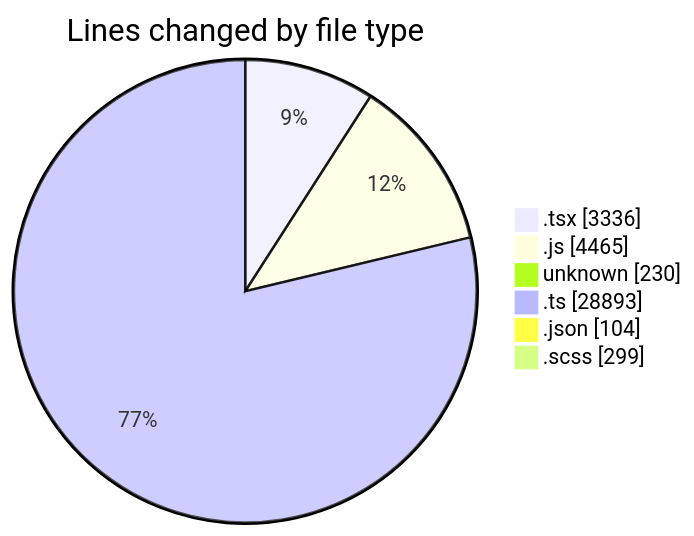
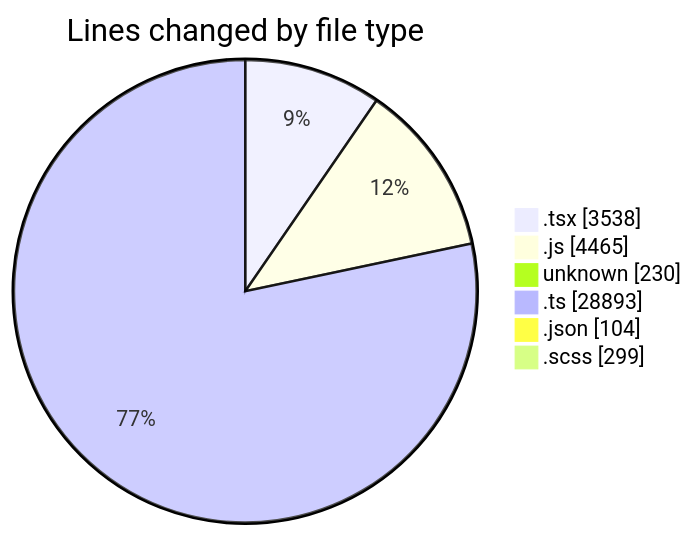
The first of 2 diagrams in 2026-05-06/cda/README.md (momahboobian/code-tracking), drawn with Mermaid before and after one commit. The commit also changed other lines of this file and 1 other file, not shown here.

````diff
--- a/2026-05-06/cda/README.md
+++ b/2026-05-06/cda/README.md
@@ -81,10 +82,10 @@
 ```mermaid
 pie showData
 title Lines changed by file type
-".tsx" : 3336
+".tsx" : 3538
 ".js" : 4465
 "unknown" : 230
 ".ts" : 28893
 ".json" : 104
 ".scss" : 299
 ```
````
